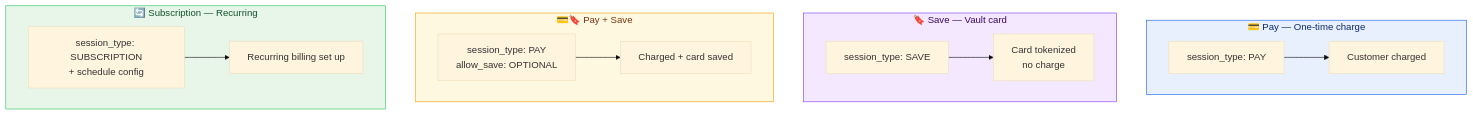
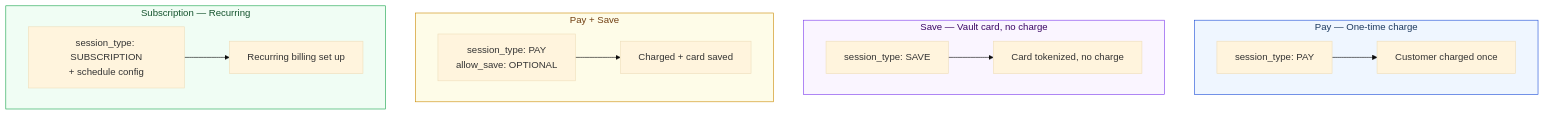
The diagram in content/10-payment-flows.md (sabiqovsky/clm-components-guide), drawn with Mermaid (base theme) before and after one commit. The commit also changed 9 other files, not shown here.

First line of the commit message:
fix: WCAG-compliant Mermaid diagrams, no dark backgrounds

````diff
--- a/content/10-payment-flows.md
+++ b/content/10-payment-flows.md
@@ -7,24 +7,24 @@
 ```mermaid
 flowchart TD
-    subgraph PAY["💳 Pay — One-time charge"]
+    subgraph PAY["Pay — One-time charge"]
         direction LR
-        P1["session_type: PAY"] --> P2["Customer charged"]
+        P1["session_type: PAY"] --> P2["Customer charged once"]
     end
-    subgraph SAVE["🔖 Save — Vault card"]
+    subgraph SAVE["Save — Vault card, no charge"]
         direction LR
-        S1["session_type: SAVE"] --> S2["Card tokenized\nno charge"]
+        S1["session_type: SAVE"] --> S2["Card tokenized, no charge"]
     end
-    subgraph PAYSAVE["💳🔖 Pay + Save"]
+    subgraph PAYSAVE["Pay + Save"]
         direction LR
         PS1["session_type: PAY\nallow_save: OPTIONAL"] --> PS2["Charged + card saved"]
     end
-    subgraph SUB["🔄 Subscription — Recurring"]
+    subgraph SUB["Subscription — Recurring"]
         direction LR
         SB1["session_type: SUBSCRIPTION\n+ schedule config"] --> SB2["Recurring billing set up"]
     end
 
-    style PAY fill:#e8f0fe,stroke:#1762ee,color:#0d2a6b
-    style SAVE fill:#f3e8ff,stroke:#7c3aed,color:#3b0764
-    style PAYSAVE fill:#fff8e1,stroke:#f59e0b,color:#78350f
-    style SUB fill:#e8f5e9,stroke:#22c55e,color:#14532d
+    style PAY fill:#eff6ff,stroke:#1d4ed8,color:#1e3a5f
+    style SAVE fill:#faf5ff,stroke:#7c3aed,color:#3b0764
+    style PAYSAVE fill:#fefce8,stroke:#ca8a04,color:#713f12
+    style SUB fill:#f0fdf4,stroke:#16a34a,color:#14532d
 ```
````
